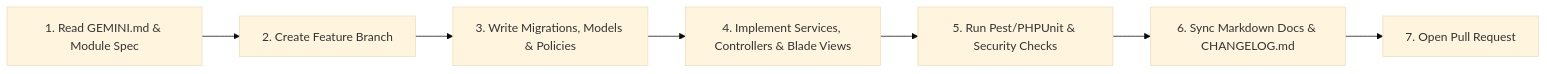
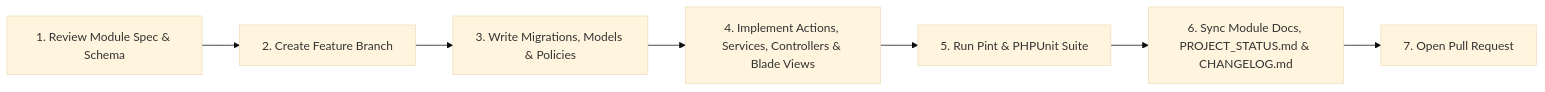
Before and after one commit to Shraban-7/sales-crm: the diagram in CONTRIBUTING.md, drawn with Mermaid (base theme). The commit also changed other lines of this file and 83 other files, not shown here.

````diff
--- a/CONTRIBUTING.md
+++ b/CONTRIBUTING.md
@@ -10,9 +10,9 @@
 ```mermaid
 flowchart LR
-    A["1. Read GEMINI.md & Module Spec"] --> B["2. Create Feature Branch"]
+    A["1. Review Module Spec & Schema"] --> B["2. Create Feature Branch"]
     B --> C["3. Write Migrations, Models & Policies"]
-    C --> D["4. Implement Services, Controllers & Blade Views"]
-    D --> E["5. Run Pest/PHPUnit & Security Checks"]
-    E --> F["6. Sync Markdown Docs & CHANGELOG.md"]
+    C --> D["4. Implement Actions, Services, Controllers & Blade Views"]
+    D --> E["5. Run Pint & PHPUnit Suite"]
+    E --> F["6. Sync Module Docs, PROJECT_STATUS.md & CHANGELOG.md"]
     F --> G["7. Open Pull Request"]
 ```
````
